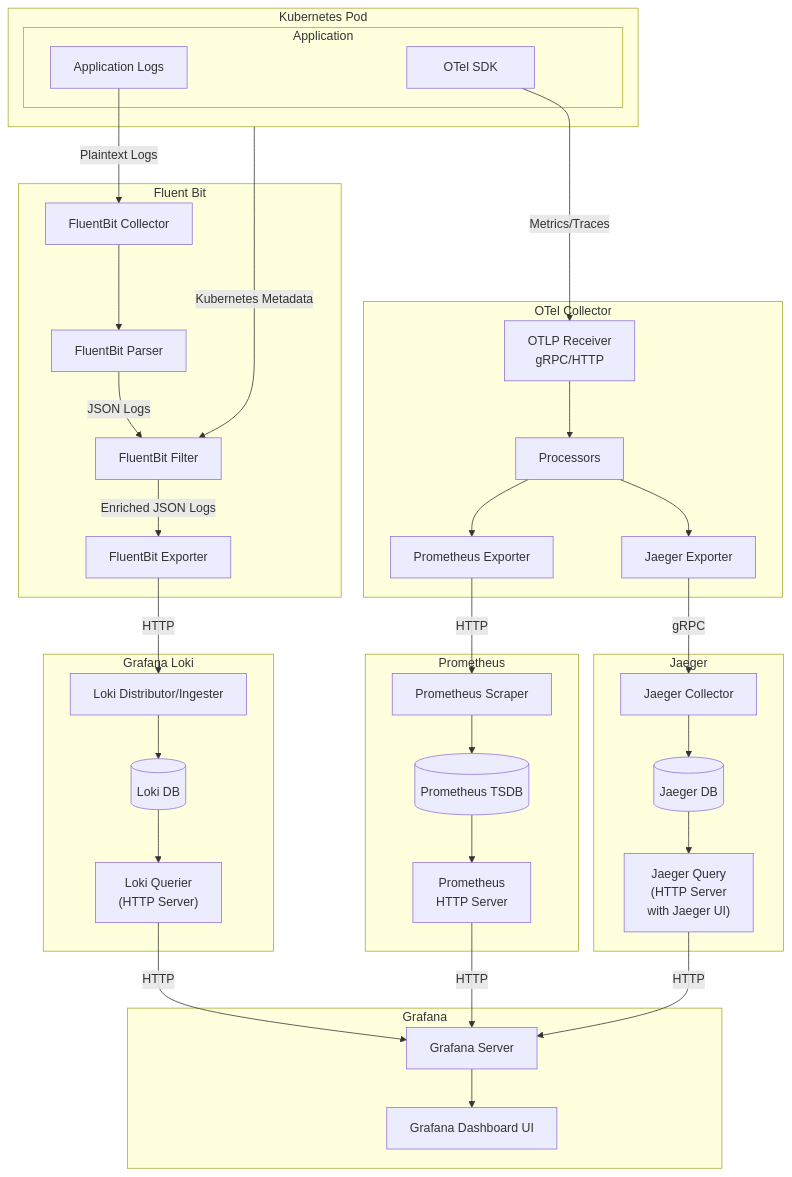
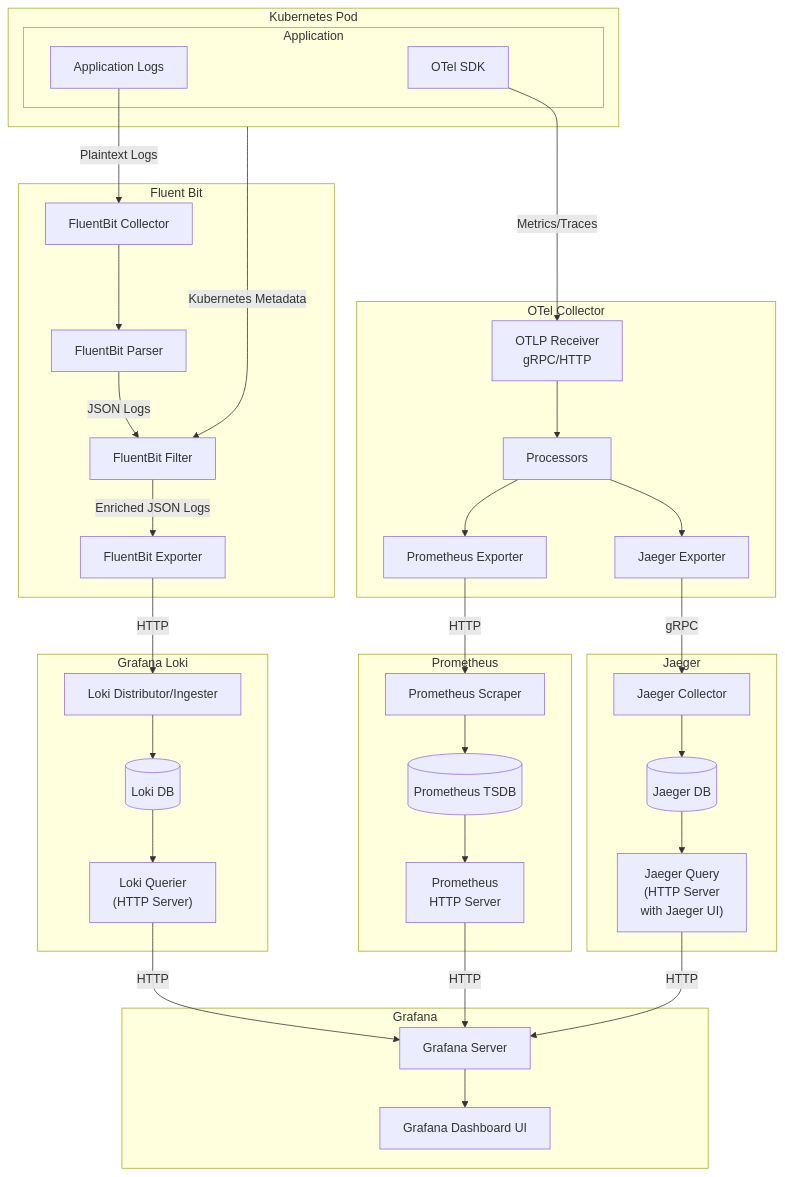
Before and after one commit to nichujie/observability-pipeline-demo: the diagram in graphs/README.md, drawn with Mermaid. The commit also changed 1 other file, not shown here.

Commit message:
delete whitespaces in graph

````diff
--- a/graphs/README.md
+++ b/graphs/README.md
@@ -3,79 +3,79 @@
 ```mermaid
 flowchart TB
 subgraph od[Kubernetes Pod]
     subgraph app[Application]
-        ot-sdk["&nbsp &nbsp OTel SDK &nbsp &nbsp "]
+        ot-sdk[OTel SDK]
         app-log[Application Logs]
     end
 end
 
 app-log -->|"Plaintext Logs"| fb-in
 od -->|"Kubernetes Metadata"| fb-filter
 ot-sdk -->|"Metrics/Traces"| oc-recv
 
 subgraph fb[Fluent Bit]
     fb-in[FluentBit Collector]
     fb-parse[FluentBit Parser]
     fb-filter[FluentBit Filter]
     fb-out[FluentBit Exporter]
 
     fb-in --> fb-parse
     fb-parse -->|JSON Logs| fb-filter
     fb-filter -->|Enriched JSON Logs| fb-out
 end
 
 fb-out -->|HTTP| lk-in
 
 subgraph oc[OTel Collector]
     oc-recv["OTLP Receiver<br/>gRPC/HTTP"]
     oc-proc[Processors]
     oc-prom["Prometheus Exporter"]
     oc-jag["Jaeger Exporter"]
 
     oc-recv --> oc-proc
     oc-proc --> oc-prom
     oc-proc --> oc-jag
 end
 
 oc-prom -->|HTTP| pr-sc
 oc-jag -->|gRPC| ja-col
 
 subgraph lk[Grafana Loki]
     lk-in["Loki Distributor/Ingester"]
     lk-db[(Loki DB)]
     lk-http["Loki Querier<br/>(HTTP Server)"]
 
     lk-in --> lk-db
     lk-db --> lk-http
 end
 
 subgraph pr[Prometheus]
     pr-sc["Prometheus Scraper"]
     pr-tsdb[(Prometheus TSDB)]
     pr-http["Prometheus<br/>HTTP Server"]
 
     pr-sc --> pr-tsdb
     pr-tsdb --> pr-http
 end
 
 subgraph ja[Jaeger]
     ja-col["Jaeger Collector"]
     ja-db[(Jaeger DB)]
     ja-http["Jaeger Query<br/>(HTTP Server<br/>with Jaeger UI)"]
 
     ja-col --> ja-db
     ja-db --> ja-http
 end
 
 
 lk-http -->|HTTP| gr-srv
 pr-http -->|HTTP| gr-srv
 ja-http -->|HTTP| gr-srv
 
 subgraph gr[Grafana]
     gr-srv["Grafana Server"]
     gr-ui["Grafana Dashboard UI"]
 
     gr-srv --> gr-ui
 end
 ```
````
